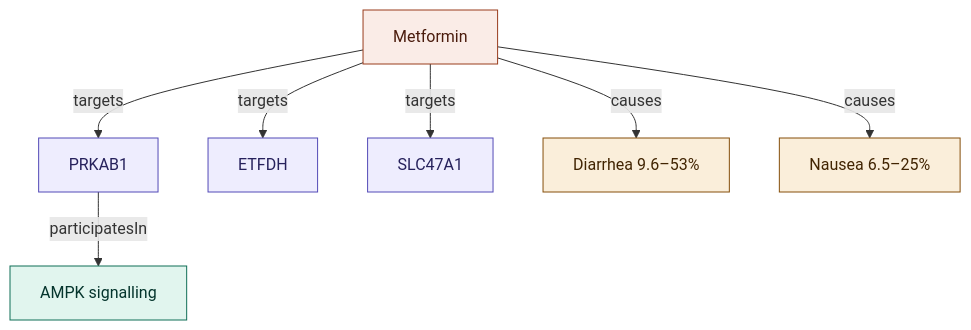
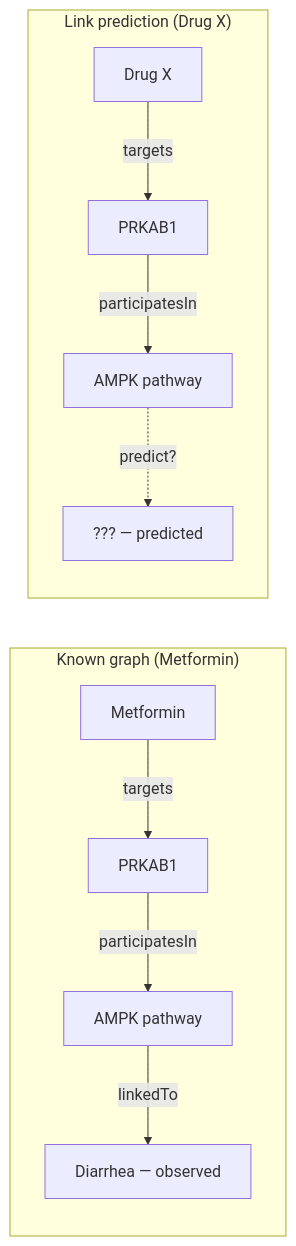
The diagram in README.md (inab-certh/MIE2026-Knowledge-Graph-for-Drug-Safety), drawn with Mermaid before and after one commit. The commit also changed other lines of this file, not shown here.

````diff
--- a/README.md
+++ b/README.md
@@ -230,13 +230,14 @@
 ```mermaid
-graph TD
-  M[Metformin]:::drug -->|targets| P[PRKAB1]:::protein
-  M -->|targets| P2[ETFDH]:::protein
-  M -->|targets| P3[SLC47A1]:::protein
-  P -->|participatesIn| R[AMPK signalling]:::pathway
-  M -->|causes| D[Diarrhea 9.6–53%]:::adr
-  M -->|causes| N[Nausea 6.5–25%]:::adr
-  classDef drug fill:#FAECE7,stroke:#993C1D,color:#4A1B0C
-  classDef protein fill:#EEEDFE,stroke:#534AB7,color:#26215C
-  classDef pathway fill:#E1F5EE,stroke:#0F6E56,color:#04342C
-  classDef adr fill:#FAEEDA,stroke:#854F0B,color:#412402
+graph LR
+  subgraph Known["Known graph (Metformin)"]
+    M[Metformin] -->|targets| P[PRKAB1]
+    P -->|participatesIn| R[AMPK pathway]
+    R -->|linkedTo| D[Diarrhea — observed]
+  end
+
+  subgraph Predicted["Link prediction (Drug X)"]
+    X[Drug X] -->|targets| P2[PRKAB1]
+    P2 -->|participatesIn| R2[AMPK pathway]
+    R2 -.->|predict?| U[??? — predicted]
+  end
 ```
````
